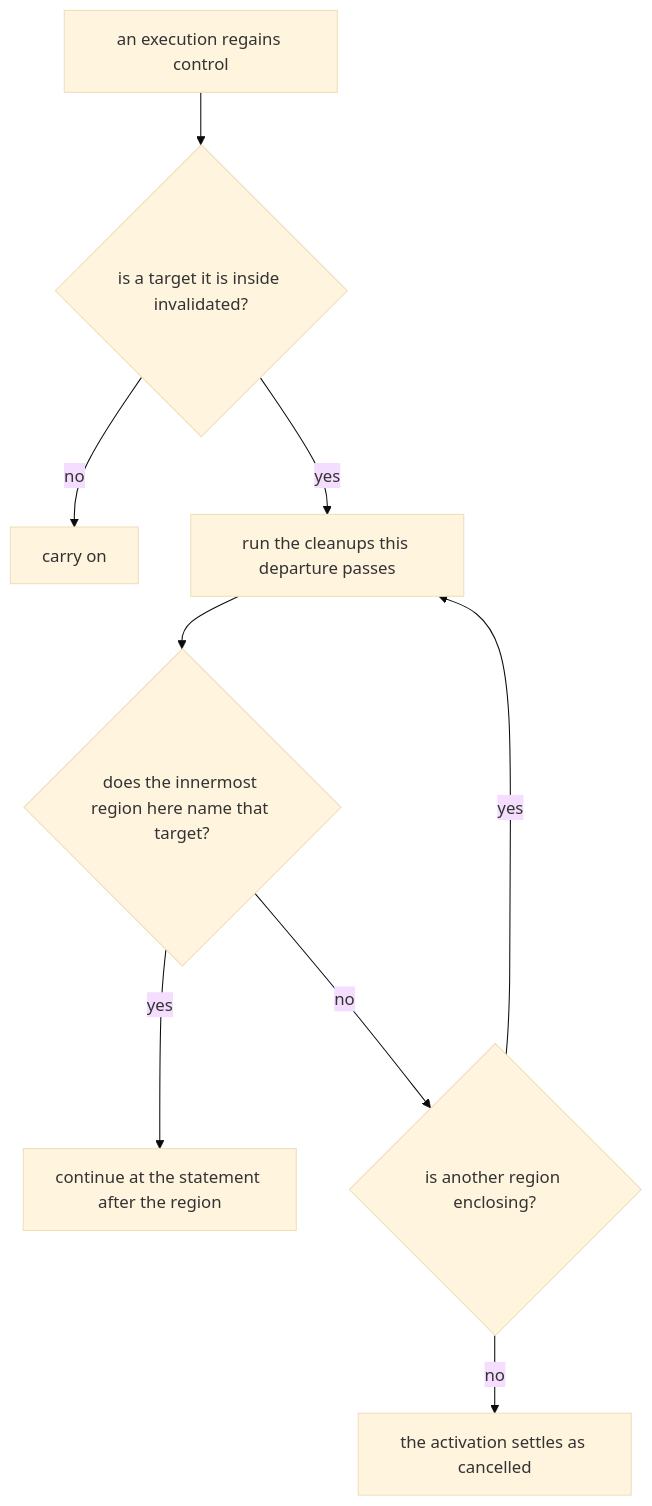
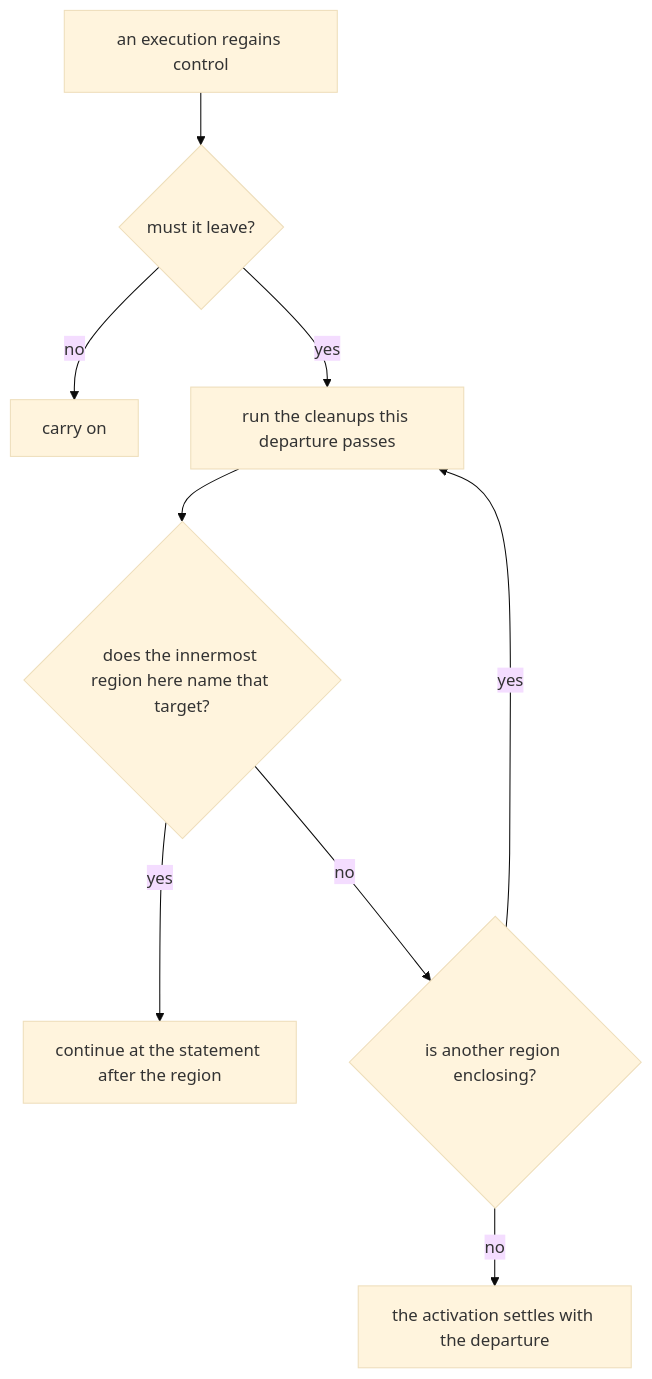
Before and after one commit to hankhsu1996/lyra: the diagram in docs/architecture/nonlocal_control_flow.md, drawn with Mermaid (base theme). The commit also changed other lines of this file and 332 other files, not shown here.

````diff
--- a/docs/architecture/nonlocal_control_flow.md
+++ b/docs/architecture/nonlocal_control_flow.md
@@ -66,11 +121,11 @@
 ```mermaid
 flowchart TB
-  A[an execution regains control] --> B{is a target it is inside invalidated?}
+  A[an execution regains control] --> B{must it leave?}
   B -->|no| C[carry on]
   B -->|yes| D[run the cleanups this departure passes]
   D --> E{does the innermost region here name that target?}
   E -->|yes| F[continue at the statement after the region]
   E -->|no| G{is another region enclosing?}
   G -->|yes| D
-  G -->|no| H[the activation settles as cancelled]
+  G -->|no| H[the activation settles with the departure]
 ```
````
